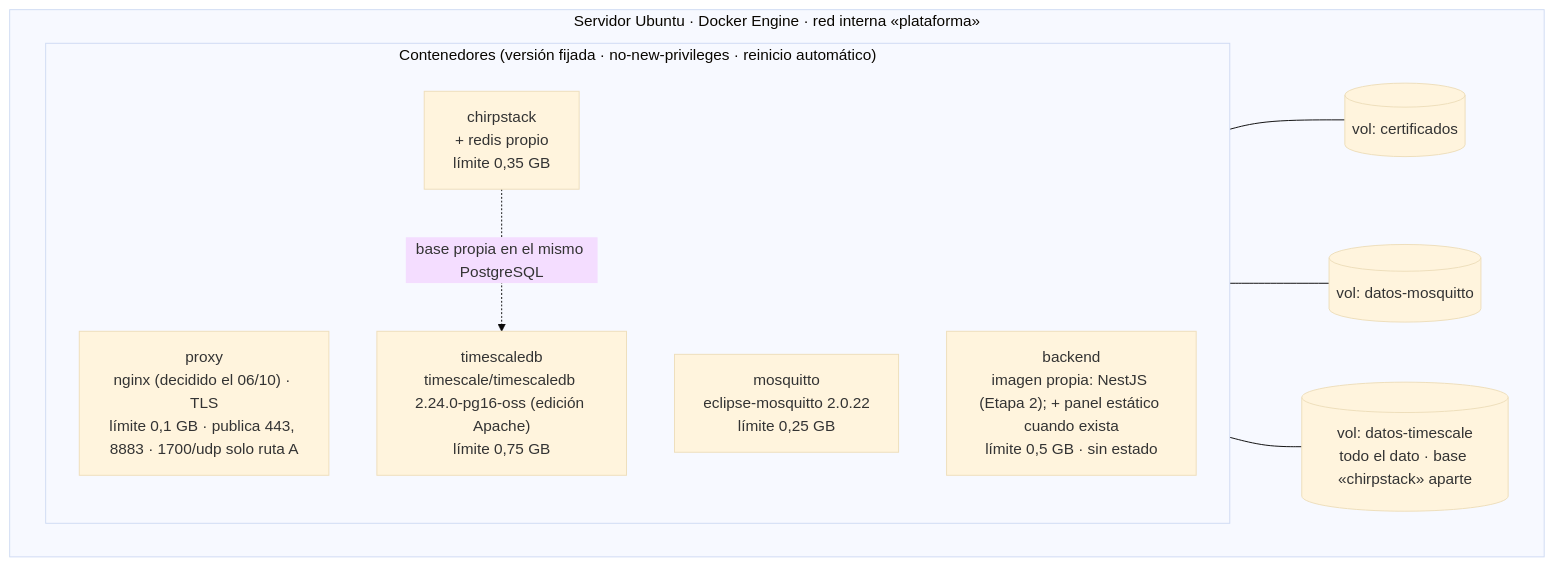
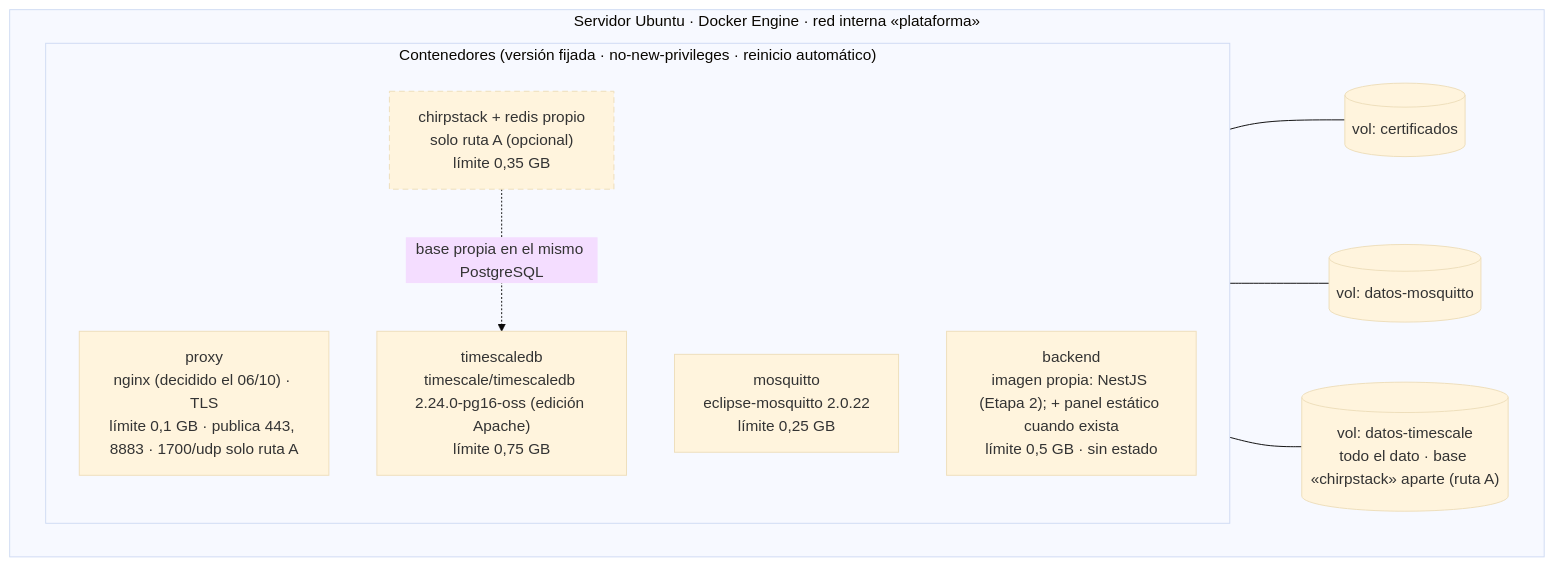
One commit to vicenterami/tesis changed the sixth of 6 diagrams in docs/10-arquitectura.md. Above: the diagram before and after it, drawn with Mermaid (base theme). The commit also changed other lines of this file and 25 other files, not shown here.

First line of the commit message:
Deja explícito en el informe y en las figuras que ChirpStack (ruta A) es opcional

````diff
--- a/docs/10-arquitectura.md
+++ b/docs/10-arquitectura.md
@@ -420,21 +426,23 @@
 ```mermaid
 flowchart TB
     subgraph HOST["Servidor Ubuntu · Docker Engine · red interna «plataforma»"]
         direction LR
         subgraph SVC["Contenedores (versión fijada · no-new-privileges · reinicio automático)"]
             direction TB
             C5["proxy<br/>nginx (decidido el 06/10) · TLS<br/>límite 0,1 GB · publica 443, 8883 · 1700/udp solo ruta A"]
             C1["mosquitto<br/>eclipse-mosquitto 2.0.22<br/>límite 0,25 GB"]
-            C2["chirpstack<br/>+ redis propio<br/>límite 0,35 GB"]
+            C2["chirpstack + redis propio<br/>solo ruta A (opcional)<br/>límite 0,35 GB"]
             C4["backend<br/>imagen propia: NestJS (Etapa 2); + panel estático cuando exista<br/>límite 0,5 GB · sin estado"]
             C3["timescaledb<br/>timescale/timescaledb 2.24.0-pg16-oss (edición Apache)<br/>límite 0,75 GB"]
         end
         V4[("vol: certificados")]
         V2[("vol: datos-mosquitto")]
-        V1[("vol: datos-timescale<br/>todo el dato · base «chirpstack» aparte")]
+        V1[("vol: datos-timescale<br/>todo el dato · base «chirpstack» aparte (ruta A)")]
     end
     C5 --- V4
     C1 --- V2
     C3 --- V1
     C2 -. "base propia en el mismo PostgreSQL" .-> C3
+    classDef opcional stroke-dasharray:6 4
+    class C2 opcional
 ```
````
